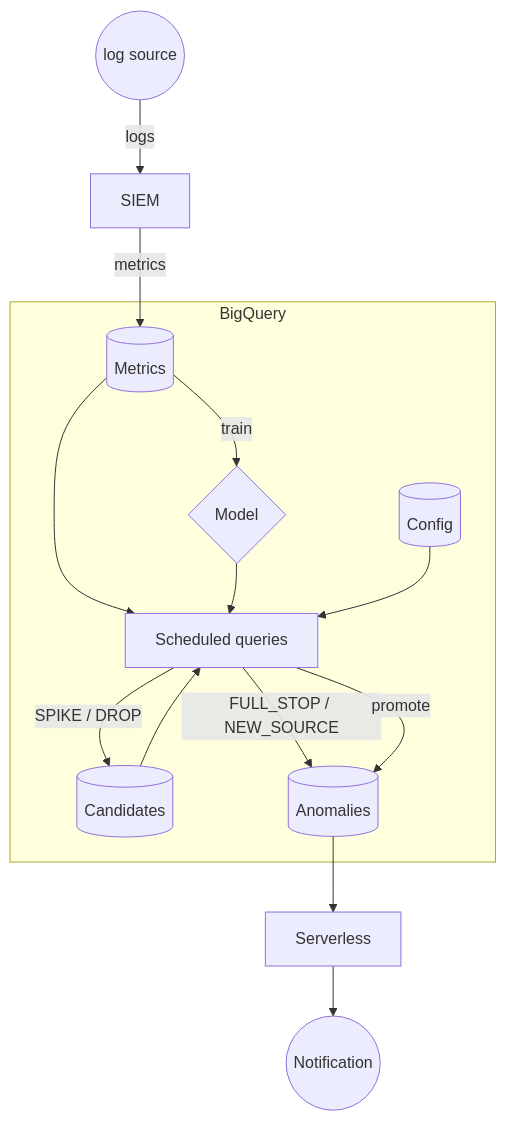
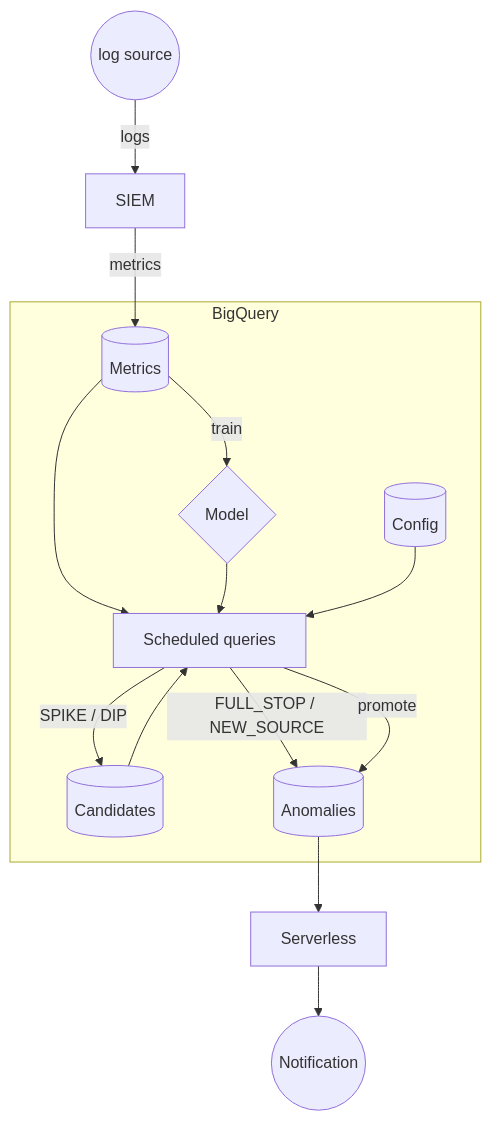
The first of 3 diagrams in log/log-health-monitoring/index.qmd (lopes/lopes.id), drawn with Mermaid before and after one commit. The commit also changed other lines of this file, not shown here.

````diff
--- a/log/log-health-monitoring/index.qmd
+++ b/log/log-health-monitoring/index.qmd
@@ -56,32 +65,32 @@
 ```{mermaid}
 graph TD
     src((log source))
     siem[SIEM]
     src -->|logs| siem
 
     subgraph BQ[BigQuery]
         metrics[(Metrics)]
         config[(Config)]
         model{Model}
         candidates[(Candidates)]
         anomalies[(Anomalies)]
         sq[Scheduled queries]
 
         metrics -->|train| model
         metrics --> sq
         model --> sq
         config --> sq
-        sq -->|SPIKE / DROP| candidates
+        sq -->|SPIKE / DIP| candidates
         sq -->|FULL_STOP / NEW_SOURCE| anomalies
         candidates --> sq
         sq -->|promote| anomalies
     end
 
     siem -->|metrics| metrics
 
     code[Serverless]
     notif((Notification))
 
     anomalies --> code
     code --> notif
 ```
````
